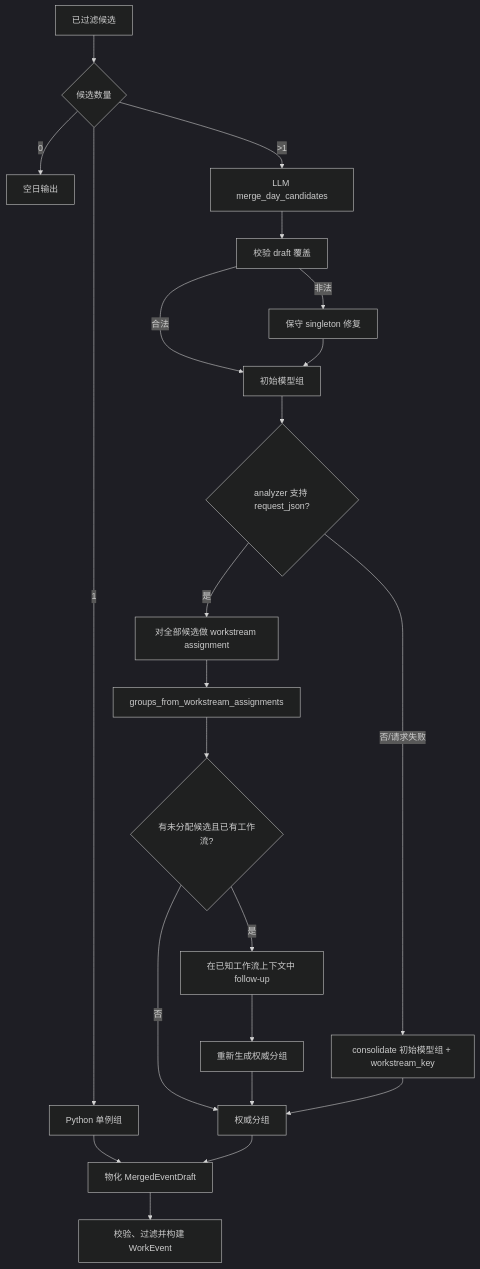
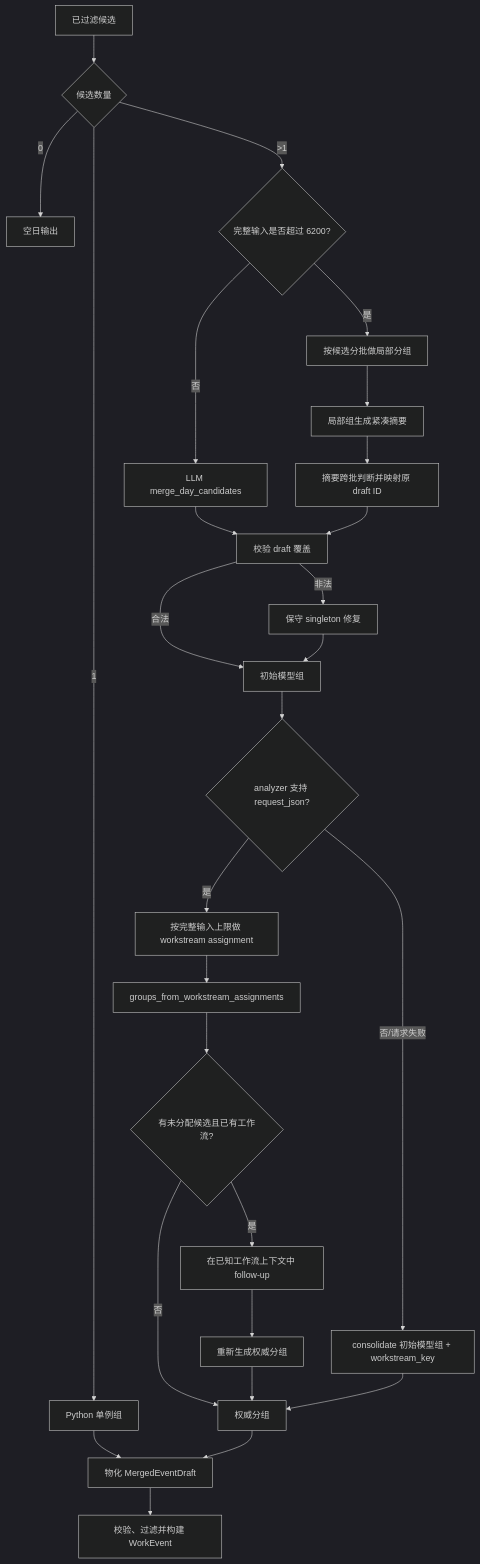
Before and after one commit to sunweisheng/WorkTrace: the diagram in docs/cross-conversation-merge-design.md, drawn with Mermaid (dark theme). The commit also changed other lines of this file and 21 other files, not shown here.

````diff
--- a/docs/cross-conversation-merge-design.md
+++ b/docs/cross-conversation-merge-design.md
@@ -36,24 +36,29 @@
 ```mermaid
 flowchart TD
     A["已过滤候选"] --> B{"候选数量"}
     B -->|"0"| C["空日输出"]
     B -->|"1"| D["Python 单例组"]
-    B -->|">1"| E["LLM merge_day_candidates"]
-    E --> F["校验 draft 覆盖"]
+    B -->|">1"| E{"完整输入是否超过 6200?"}
+    E -->|"否"| F0["LLM merge_day_candidates"]
+    E -->|"是"| E1["按候选分批做局部分组"]
+    E1 --> E2["局部组生成紧凑摘要"]
+    E2 --> E3["摘要跨批判断并映射原 draft ID"]
+    F0 --> F["校验 draft 覆盖"]
+    E3 --> F
     F -->|"非法"| G["保守 singleton 修复"]
     F -->|"合法"| H["初始模型组"]
     G --> H
     H --> I{"analyzer 支持 request_json?"}
-    I -->|"是"| J["对全部候选做 workstream assignment"]
+    I -->|"是"| J["按完整输入上限做 workstream assignment"]
     J --> K["groups_from_workstream_assignments"]
     K --> L{"有未分配候选且已有工作流?"}
     L -->|"是"| M["在已知工作流上下文中 follow-up"]
     M --> N["重新生成权威分组"]
     L -->|"否"| O["权威分组"]
     N --> O
     I -->|"否/请求失败"| P["consolidate 初始模型组 + workstream_key"]
     P --> O
     D --> Q["物化 MergedEventDraft"]
     O --> Q
     Q --> R["校验、过滤并构建 WorkEvent"]
 ```
````
